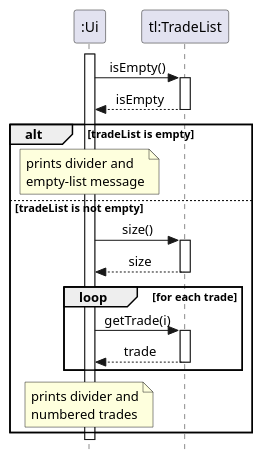
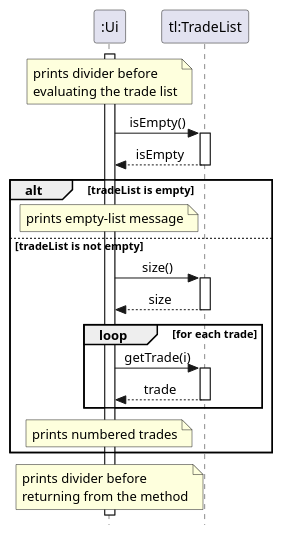
The diagram in docs/diagrams/ui-print-trade-list-sequence.puml (alexanderYaw/tp), drawn with PlantUML before and after one commit. The commit also changed 8 other files, not shown here.

Commit message:
Add object diagram and fix bugs from PE-D

```diff
--- a/docs/diagrams/ui-print-trade-list-sequence.puml
+++ b/docs/diagrams/ui-print-trade-list-sequence.puml
@@ -1,41 +1,44 @@
 @startuml
 hide footbox
 skinparam Style strictuml
 skinparam SequenceMessageAlign center
 
 participant ":Ui" as Ui
 participant "tl:TradeList" as TradeList
 
 activate Ui
+note over Ui
+    prints divider before
+    evaluating the trade list
+end note
 
 Ui -> TradeList : isEmpty()
 activate TradeList
 TradeList --> Ui : isEmpty
 deactivate TradeList
 
 alt tradeList is empty
-    note over Ui
-        prints divider and
-        empty-list message
-    end note
+    note over Ui : prints empty-list message
 else tradeList is not empty
     Ui -> TradeList : size()
     activate TradeList
     TradeList --> Ui : size
     deactivate TradeList
 
     loop for each trade
         Ui -> TradeList : getTrade(i)
         activate TradeList
         TradeList --> Ui : trade
         deactivate TradeList
     end
 
-    note over Ui
-        prints divider and
-        numbered trades
-    end note
+    note over Ui : prints numbered trades
 end
+
+note over Ui
+    prints divider before
+    returning from the method
+end note
 
 deactivate Ui
 @enduml
```
